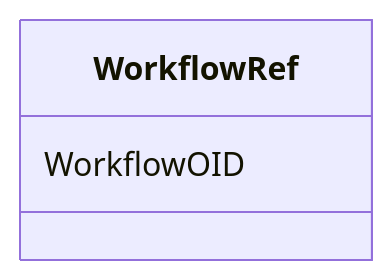
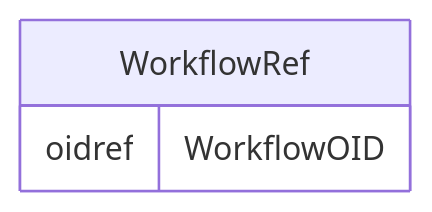
Before and after one commit to cdisc-org/DataExchange-ODM-LinkML: the diagram in docs/WorkflowRef.md, drawn with Mermaid. The commit also changed other lines of this file and 181 other files, not shown here.

Commit message:
ER diagrams working via templates and removing names with underscores

````diff
--- a/docs/WorkflowRef.md
+++ b/docs/WorkflowRef.md
@@ -14,7 +11,9 @@
 ```mermaid
- classDiagram
-    class WorkflowRef
-      WorkflowRef : WorkflowOID
-        
-      
+erDiagram
+WorkflowRef {
+    oidref WorkflowOID  
+}
+
+
+
 ```
````
